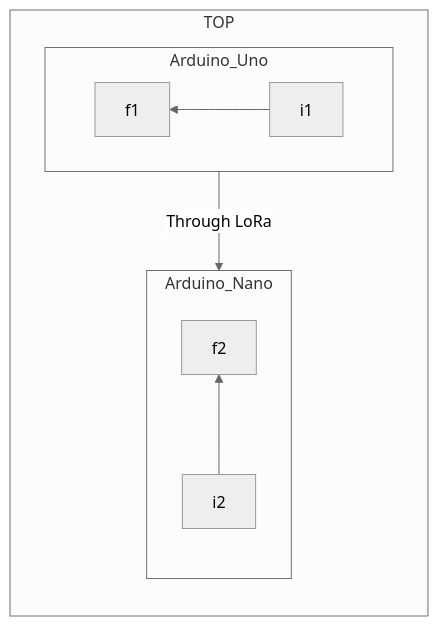
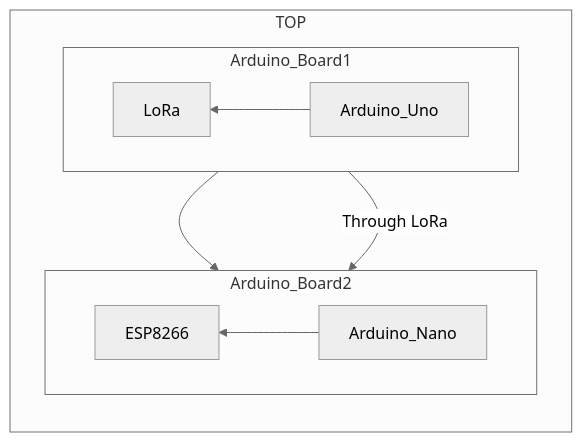
One commit to william60302/IoT_Team2 changed the second of 2 diagrams in README.md. Above: the diagram before and after it, drawn with Mermaid (neutral theme).

````diff
--- a/README.md
+++ b/README.md
@@ -34,15 +34,16 @@
 ```mermaid
 flowchart LR
   subgraph TOP
     direction TB
-    subgraph Arduino_Uno
+    subgraph Arduino_Board1
         direction RL
-        i1 -->f1
+        Arduino_Uno -->LoRa
     end
-    subgraph Arduino_Nano
-        direction BT
-        i2 -->f2
+    subgraph Arduino_Board2
+        direction RL
+        LoRa --> Arduino_Nano --> ESP8266
     end
   end
   Arduino_Uno-- Through LoRa --> Arduino_Nano
+
 ```
````
